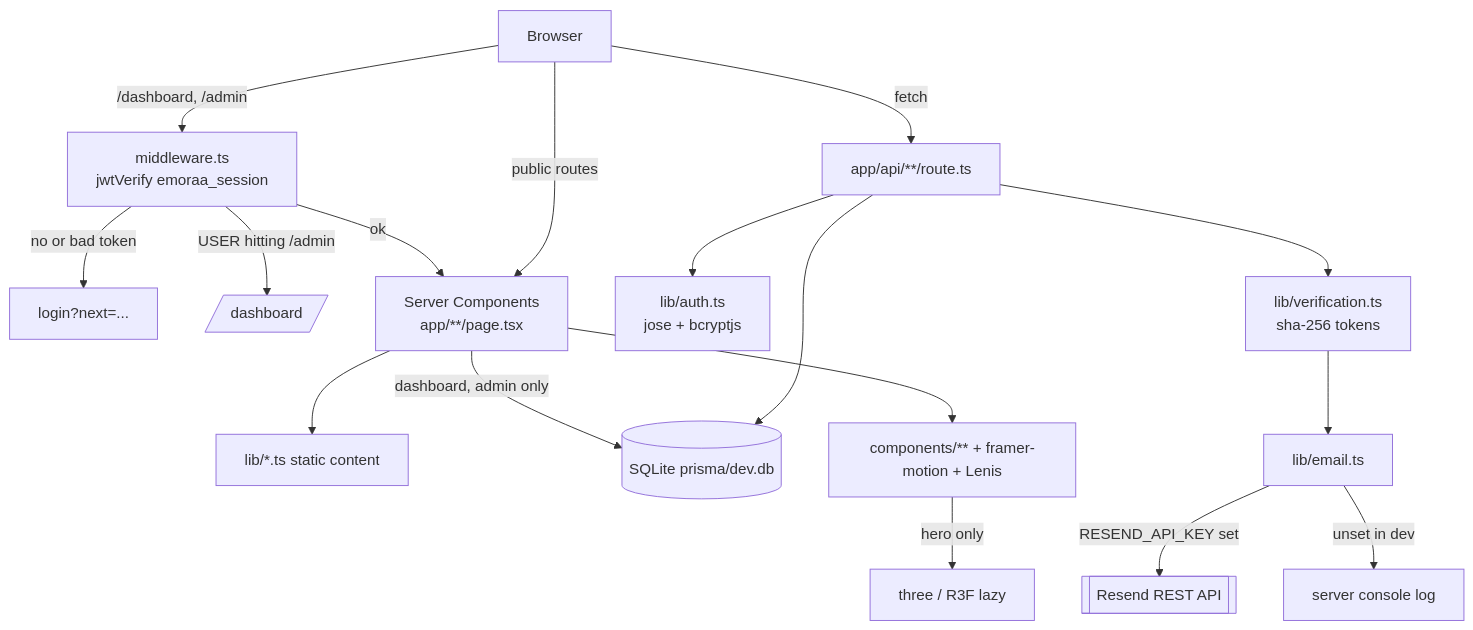
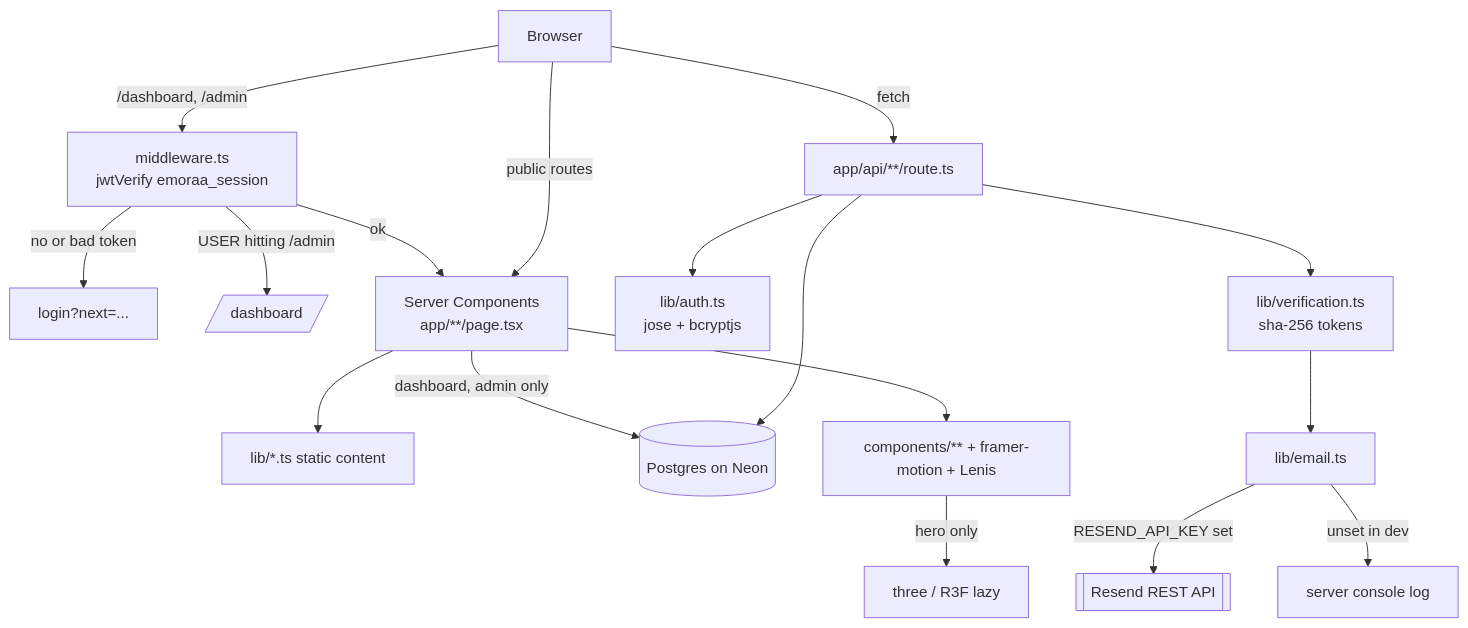
One commit to Tarushmittal001/mann-matters changed the first of 4 diagrams in CODEBASE_CONTEXT.md. Above: the diagram before and after it, drawn with Mermaid. The commit also changed other lines of this file and 863 other files, not shown here.

````diff
--- a/CODEBASE_CONTEXT.md
+++ b/CODEBASE_CONTEXT.md
@@ -245,19 +259,19 @@
 ```mermaid
 flowchart TD
   B[Browser] -->|"/dashboard, /admin"| MW[middleware.ts<br/>jwtVerify emoraa_session]
   MW -->|no or bad token| LOGIN[login?next=...]
   MW -->|USER hitting /admin| DASH[/dashboard/]
   MW -->|ok| RSC
   B -->|public routes| RSC[Server Components<br/>app/**/page.tsx]
   RSC --> LIBDATA[lib/*.ts static content]
-  RSC -->|dashboard, admin only| PRISMA[(SQLite prisma/dev.db)]
+  RSC -->|dashboard, admin only| PRISMA[(Postgres on Neon)]
   B -->|fetch| API[app/api/**/route.ts]
   API --> AUTH[lib/auth.ts<br/>jose + bcryptjs]
   API --> VER[lib/verification.ts<br/>sha-256 tokens]
   API --> PRISMA
   VER --> MAIL[lib/email.ts]
   MAIL -->|RESEND_API_KEY set| RESEND[[Resend REST API]]
   MAIL -->|unset in dev| CONSOLE[server console log]
   RSC --> UI[components/** + framer-motion + Lenis]
   UI -->|hero only| THREE[three / R3F lazy]
 ```
````
